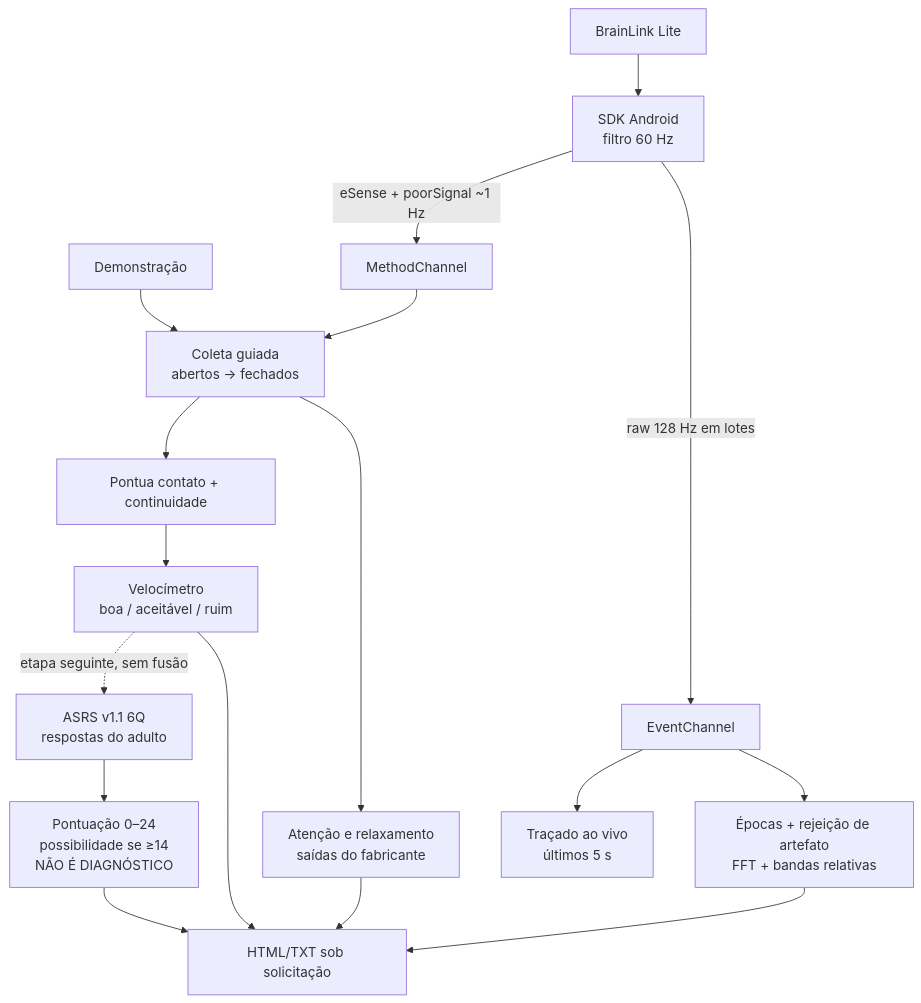
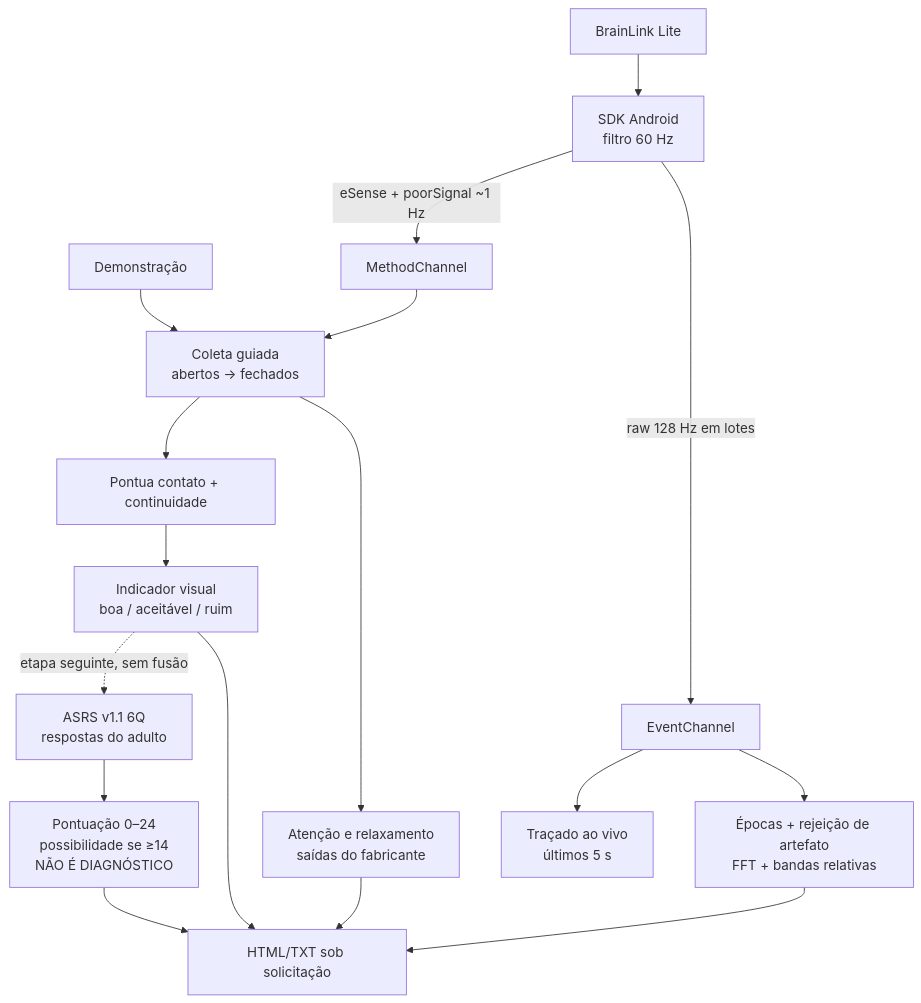
One commit to gustavoobezerra/App_Brainlink changed the diagram in vault/40-projeto/fluxo-de-dados.md. Above: the diagram before and after it, drawn with Mermaid. The commit also changed other lines of this file and 14 other files, not shown here.

````diff
--- a/vault/40-projeto/fluxo-de-dados.md
+++ b/vault/40-projeto/fluxo-de-dados.md
@@ -10,19 +10,19 @@
 ```mermaid
 flowchart TD
     A["Demonstração"] --> E["Coleta guiada<br/>abertos → fechados"]
     B["BrainLink Lite"] --> C["SDK Android<br/>filtro 60 Hz"]
     C -->|"eSense + poorSignal ~1 Hz"| D["MethodChannel"]
     C -->|"raw 128 Hz em lotes"| R["EventChannel"]
     D --> E
     R --> W["Traçado ao vivo<br/>últimos 5 s"]
     R --> X["Épocas + rejeição de artefato<br/>FFT + bandas relativas"]
     E --> F["Pontua contato + continuidade"]
-    F --> G["Velocímetro<br/>boa / aceitável / ruim"]
+    F --> G["Indicador visual<br/>boa / aceitável / ruim"]
     E --> H["Atenção e relaxamento<br/>saídas do fabricante"]
     G -. "etapa seguinte, sem fusão" .-> Q["ASRS v1.1 6Q<br/>respostas do adulto"]
     Q --> S["Pontuação 0–24<br/>possibilidade se ≥14<br/>NÃO É DIAGNÓSTICO"]
     G --> I["HTML/TXT sob solicitação"]
     H --> I
     X --> I
     S --> I
 ```
````
